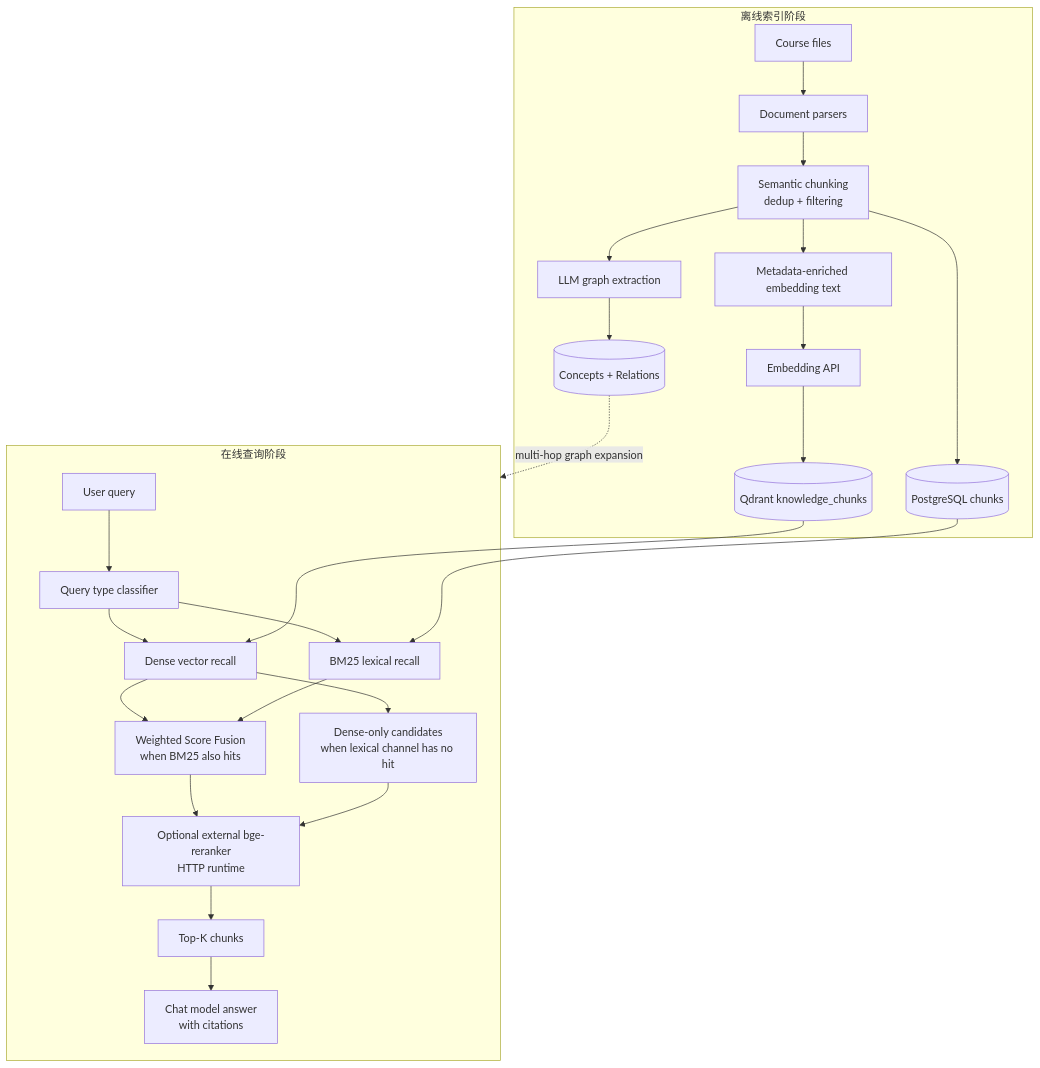
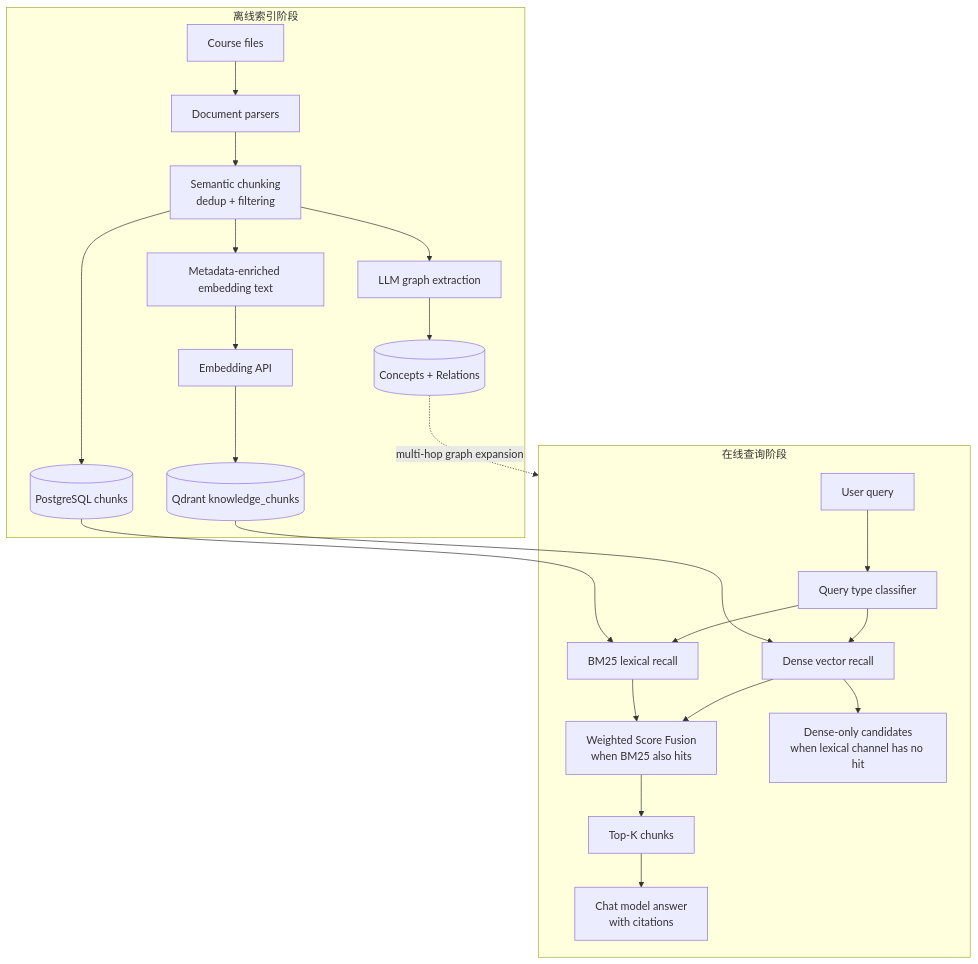
The fifth of 7 diagrams in README.md (Sggggt/DialoGraph), drawn with Mermaid before and after one commit. The commit also changed other lines of this file and 23 other files, not shown here.

Commit message:
v2.0：移除 2GB 外部 reranker 容器并替换为纯 Python 轻量精排，修复 model-bridge 与历史零向量问题，新增独立重建图谱 API

````diff
--- a/README.md
+++ b/README.md
@@ -198,30 +189,28 @@
 ```mermaid
 flowchart TB
     subgraph OFFLINE["离线索引阶段"]
         SRC["Course files"] --> PARSE["Document parsers"]
         PARSE --> CHUNK["Semantic chunking<br/>dedup + filtering"]
         CHUNK --> EMBTXT["Metadata-enriched embedding text"]
         EMBTXT --> EMB["Embedding API"]
         EMB --> VEC[("Qdrant knowledge_chunks")]
         CHUNK --> DBW[("PostgreSQL chunks")]
         CHUNK --> GRAPH_EXTRACT["LLM graph extraction"]
         GRAPH_EXTRACT --> KG[("Concepts + Relations")]
     end
 
     subgraph ONLINE["在线查询阶段"]
         Q["User query"] --> QT["Query type classifier"]
         QT --> DENSE["Dense vector recall"]
         QT --> BM25["BM25 lexical recall"]
         DENSE --> WSF["Weighted Score Fusion<br/>when BM25 also hits"]
         BM25 --> WSF
         DENSE --> DENSE_ONLY["Dense-only candidates<br/>when lexical channel has no hit"]
-        WSF --> RERANK["Optional external bge-reranker<br/>HTTP runtime"]
-        DENSE_ONLY --> RERANK
-        RERANK --> TOPK["Top-K chunks"]
+        WSF --> TOPK["Top-K chunks"]
         TOPK --> ANSWER["Chat model answer<br/>with citations"]
     end
 
     VEC --> DENSE
     DBW --> BM25
     KG -. "multi-hop graph expansion" .-> ONLINE
 ```
````
